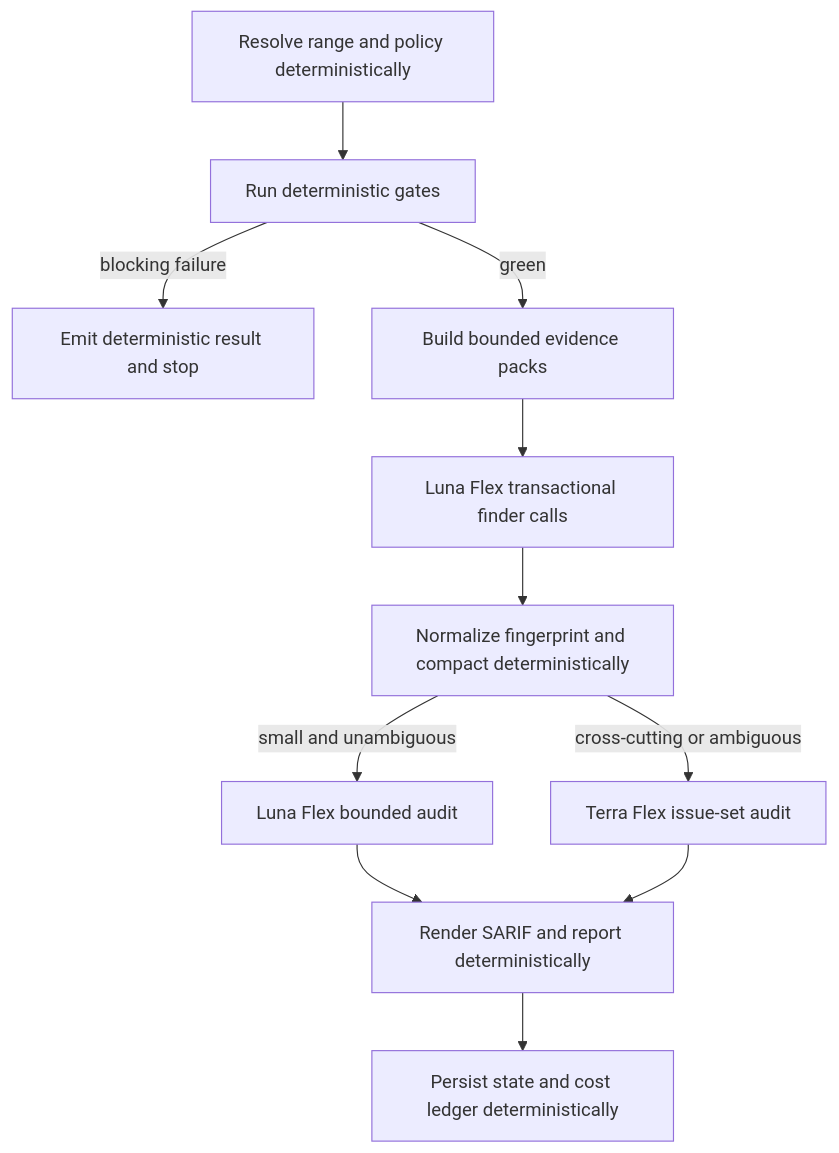
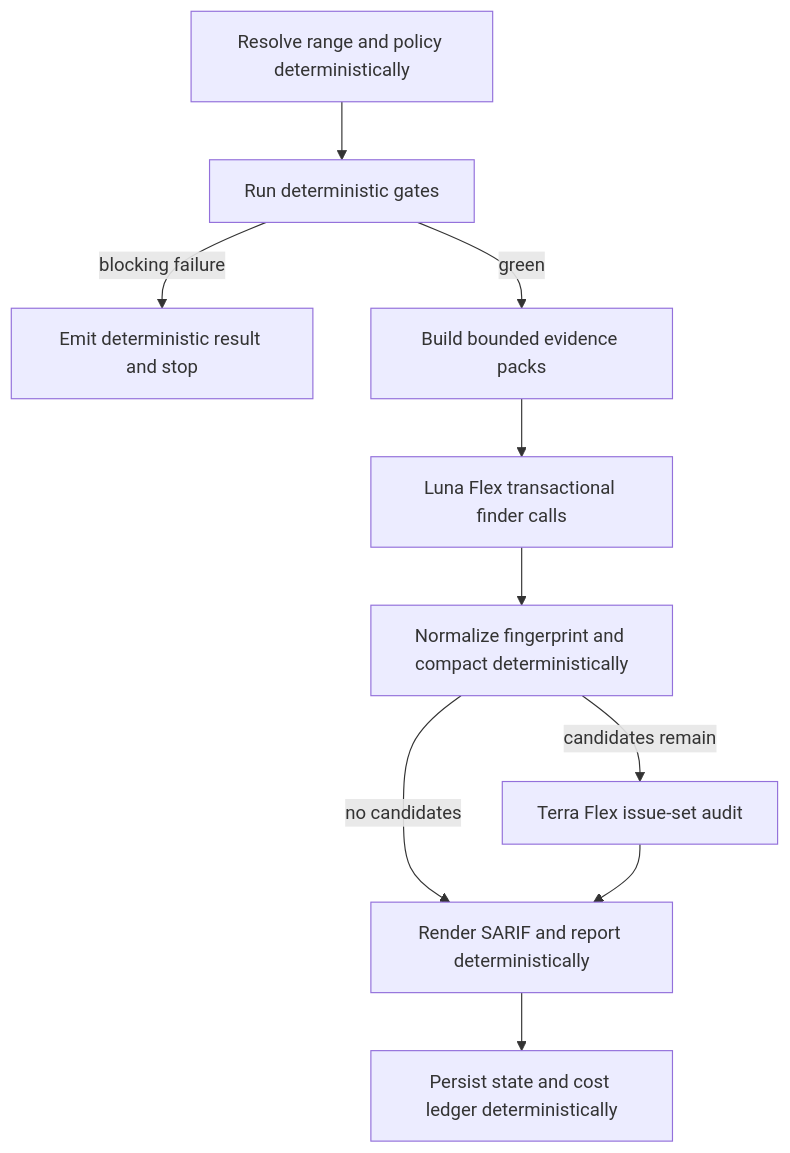
The diagram in docs/adr-002-deterministic-tiered-review-cost.md (leynos/dakar), drawn with Mermaid before and after one commit. The commit also changed other lines of this file and 5 other files, not shown here.

````diff
--- a/docs/adr-002-deterministic-tiered-review-cost.md
+++ b/docs/adr-002-deterministic-tiered-review-cost.md
@@ -70,13 +78,12 @@
 ```mermaid
 flowchart TD
   A[Resolve range and policy deterministically] --> B[Run deterministic gates]
   B -->|blocking failure| C[Emit deterministic result and stop]
   B -->|green| D[Build bounded evidence packs]
   D --> E[Luna Flex transactional finder calls]
   E --> F[Normalize fingerprint and compact deterministically]
-  F -->|small and unambiguous| G[Luna Flex bounded audit]
-  F -->|cross-cutting or ambiguous| H[Terra Flex issue-set audit]
-  G --> I[Render SARIF and report deterministically]
-  H --> I
-  I --> J[Persist state and cost ledger deterministically]
+  F -->|candidates remain| G[Terra Flex issue-set audit]
+  F -->|no candidates| H[Render SARIF and report deterministically]
+  G --> H
+  H --> I[Persist state and cost ledger deterministically]
 ```
````
